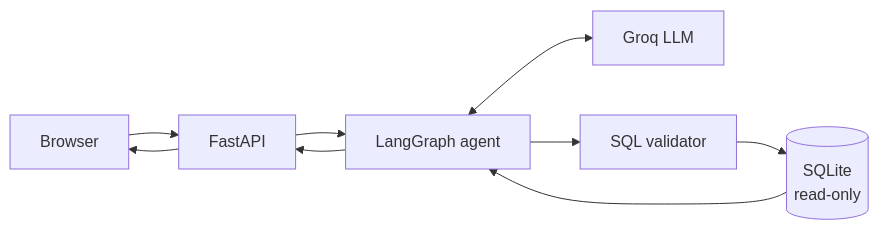
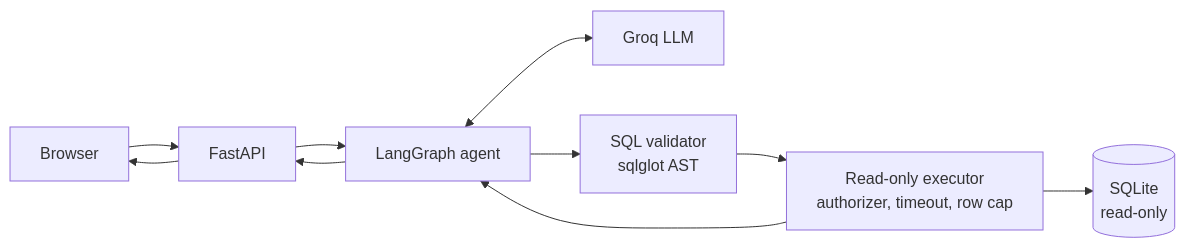
One commit to AviK0928/SQL_Query_AI_Agent changed the diagram in README.md. Above: the diagram before and after it, drawn with Mermaid. The commit also changed other lines of this file and 8 other files, not shown here.

````diff
--- a/README.md
+++ b/README.md
@@ -59,10 +59,11 @@
 ```mermaid
 flowchart LR
     U[Browser] --> F[FastAPI]
     F --> A[LangGraph agent]
     A <--> L[Groq LLM]
-    A --> V[SQL validator]
-    V --> D[(SQLite<br/>read-only)]
-    D --> A
+    A --> V[SQL validator<br/>sqlglot AST]
+    V --> X[Read-only executor<br/>authorizer, timeout, row cap]
+    X --> D[(SQLite<br/>read-only)]
+    X --> A
     A --> F --> U
 ```
````
